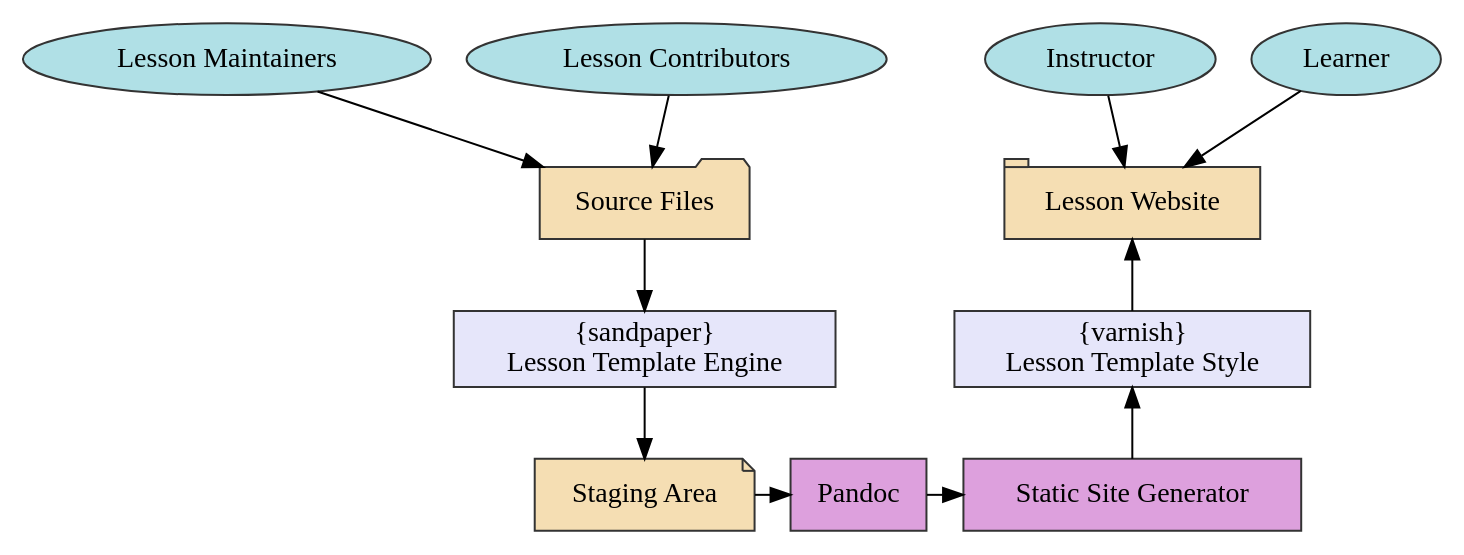
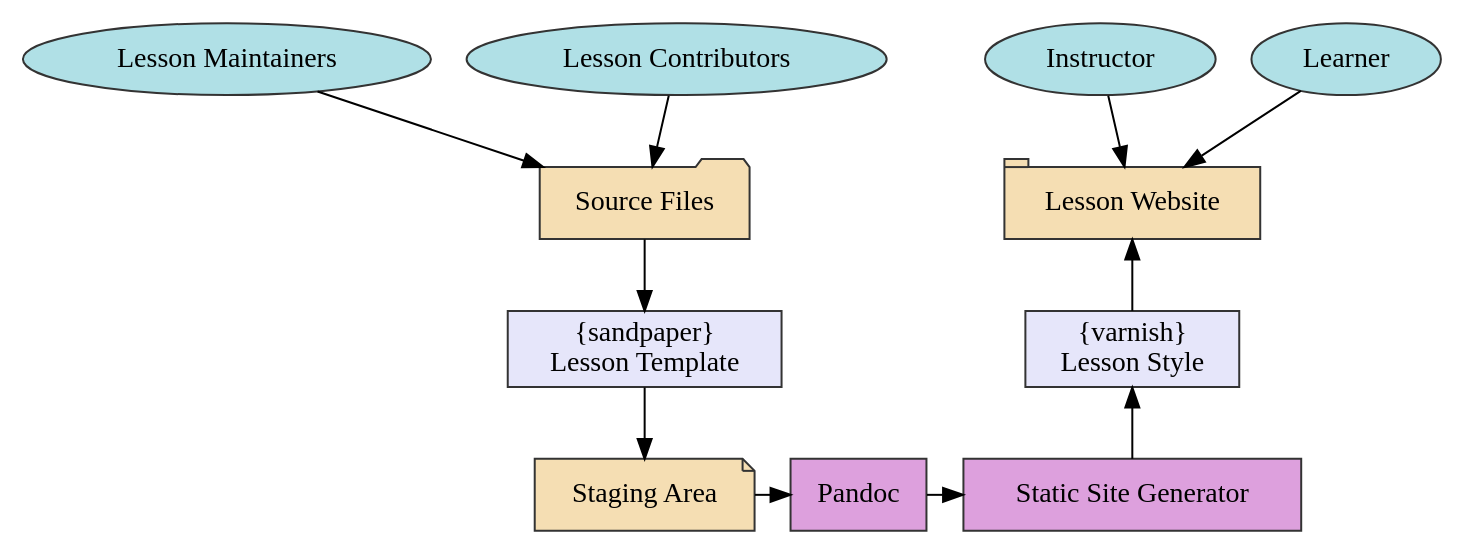
One commit to zkamvar/stunning-barnacle changed the diagram in img/broad-flow.dot. Above: the diagram before and after it, drawn with Graphviz. The commit also changed 2 other files, not shown here.

```diff
--- a/img/broad-flow.dot
+++ b/img/broad-flow.dot
@@ -1,42 +1,42 @@
-digraph "Lesson Infrastructure workflow" {
+digraph "Lesson Infrastructure Workflow" {
  
     node   [style="filled" color="grey20"];
     node   [fillcolor="wheat", shape="rect"];
     source [label="Source Files"             , shape="folder"];
     stage  [label="Staging Area"             , shape="note"];
     site   [label="Lesson Website"           , shape="tab"];
 
     node      [style="filled", fillcolor="lavender", shape="rect"];
-    sandpaper [label="{sandpaper}\nLesson Template Engine"];
-    varnish   [label="{varnish}\nLesson Template Style"];
+    sandpaper [label="{sandpaper}\nLesson Template"];
+    varnish   [label="{varnish}\nLesson Style"];
 
     node   [fillcolor="plum", shape="rect"];
     engine [label="Static Site Generator"];
     pandoc [label="Pandoc"];
  
     node        [fillcolor="powderblue"];
     maintainer  [label="Lesson Maintainers" , shape="oval"];
     contributor [label="Lesson Contributors", shape="oval"];
     instructor  [label="Instructor"         , shape="oval"];
     learner     [label="Learner"            , shape="oval"];
      
     {rank="same"; maintainer,  instructor};
     {rank="same"; contributor, learner};
     {rank="same"; source,      site};
     {rank="same"; sandpaper,   varnish};
     {rank="same"; stage,       pandoc,      engine};
     
     maintainer  -> source;
     contributor -> source;
     instructor  -> site;
     learner     -> site;
 
     source      -> sandpaper;
     sandpaper   -> stage;
     varnish     -> site;
     stage       -> pandoc;
     pandoc      -> engine;
     engine      -> varnish;
  
     
 }
```
